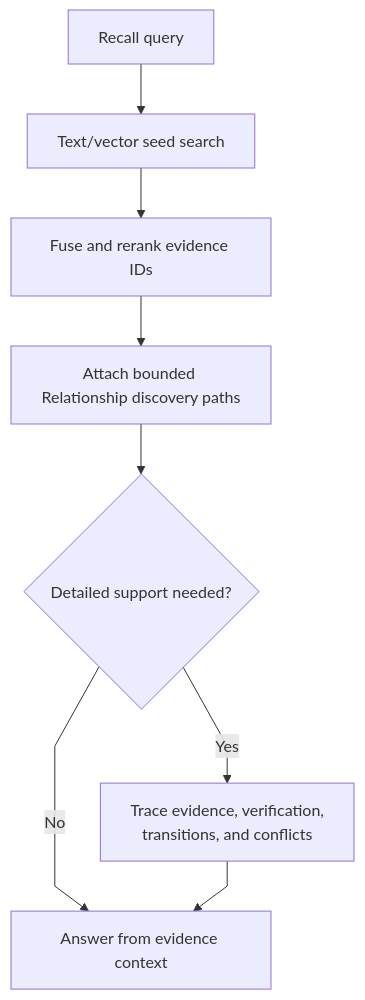
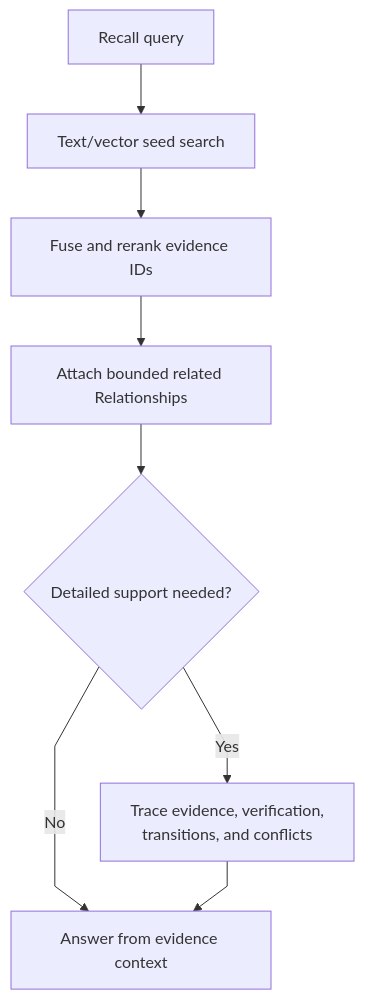
The ninth of 10 diagrams in Relationship-Model-And-Lifecycle.md (markhuangai/dense-mem), drawn with Mermaid before and after one commit. The commit also changed other lines of this file and 27 other files, not shown here.

Commit message:
Document tier-free Relationship architecture

````diff
--- a/Relationship-Model-And-Lifecycle.md
+++ b/Relationship-Model-And-Lifecycle.md
@@ -746,11 +750,11 @@
 ```mermaid
 %%{init: {"flowchart": {"curve": "linear"}}}%%
 flowchart TD
   Query["Recall query"] --> Search["Text/vector seed search"]
   Search --> Rank["Fuse and rerank evidence IDs"]
-  Rank --> Paths["Attach bounded Relationship discovery paths"]
-  Paths --> Trace{"Detailed support needed?"}
+  Rank --> Related["Attach bounded related Relationships"]
+  Related --> Trace{"Detailed support needed?"}
   Trace -- No --> Answer["Answer from evidence context"]
   Trace -- Yes --> History["Trace evidence, verification,<br/>transitions, and conflicts"]
   History --> Answer
 ```
````
